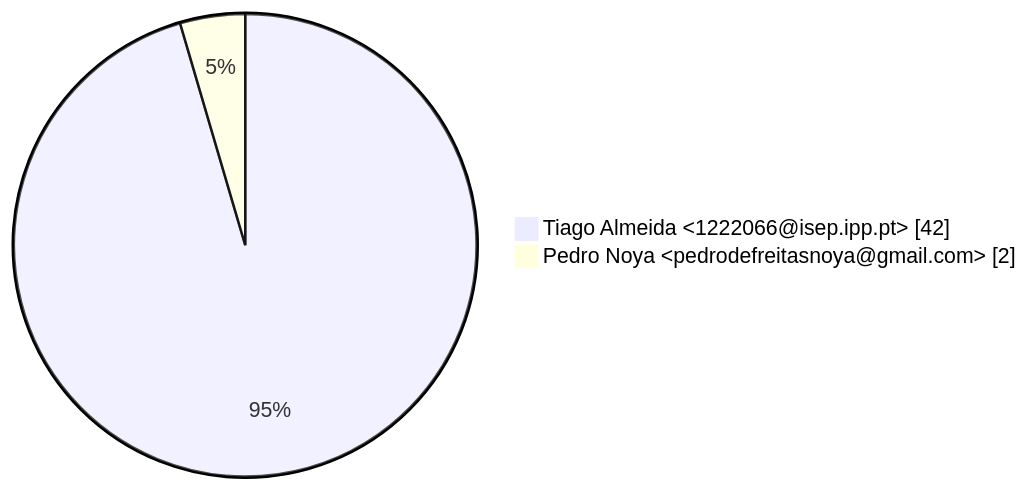
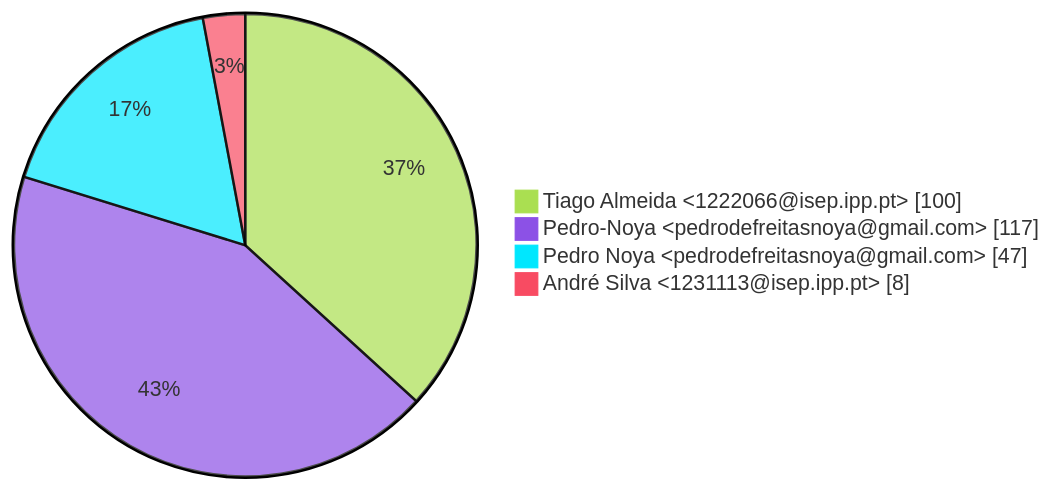
The third of 3 diagrams in GitAnalysis/Sprint_2/Contributions.md (Pedro-Noya/LSIS1), drawn with Mermaid before and after one commit. The commit also changed other lines of this file and 1 other file, not shown here.

````diff
--- a/GitAnalysis/Sprint_2/Contributions.md
+++ b/GitAnalysis/Sprint_2/Contributions.md
@@ -22,5 +30,8 @@
 ```mermaid
+%%{init: {'theme': 'base', 'themeVariables': { 'pie1': '#AADF51', 'pie2': '#8C51E6', 'pie3': '#00E7FE', 'pie4': '#F84B62', 'pie5': '#FFDE72', 'pie6': '#3060CF', 'pie7': '#59C9A5'}}}%%
 pie showData
-    " Tiago Almeida <1222066@isep.ipp.pt>" : 42
-    " Pedro Noya <pedrodefreitasnoya@gmail.com>" : 2
+    " Tiago Almeida <1222066@isep.ipp.pt>" : 100
+    " Pedro-Noya <pedrodefreitasnoya@gmail.com>" : 117
+    " Pedro Noya <pedrodefreitasnoya@gmail.com>" : 47
+    " André Silva <1231113@isep.ipp.pt>" : 8
 ```
````
